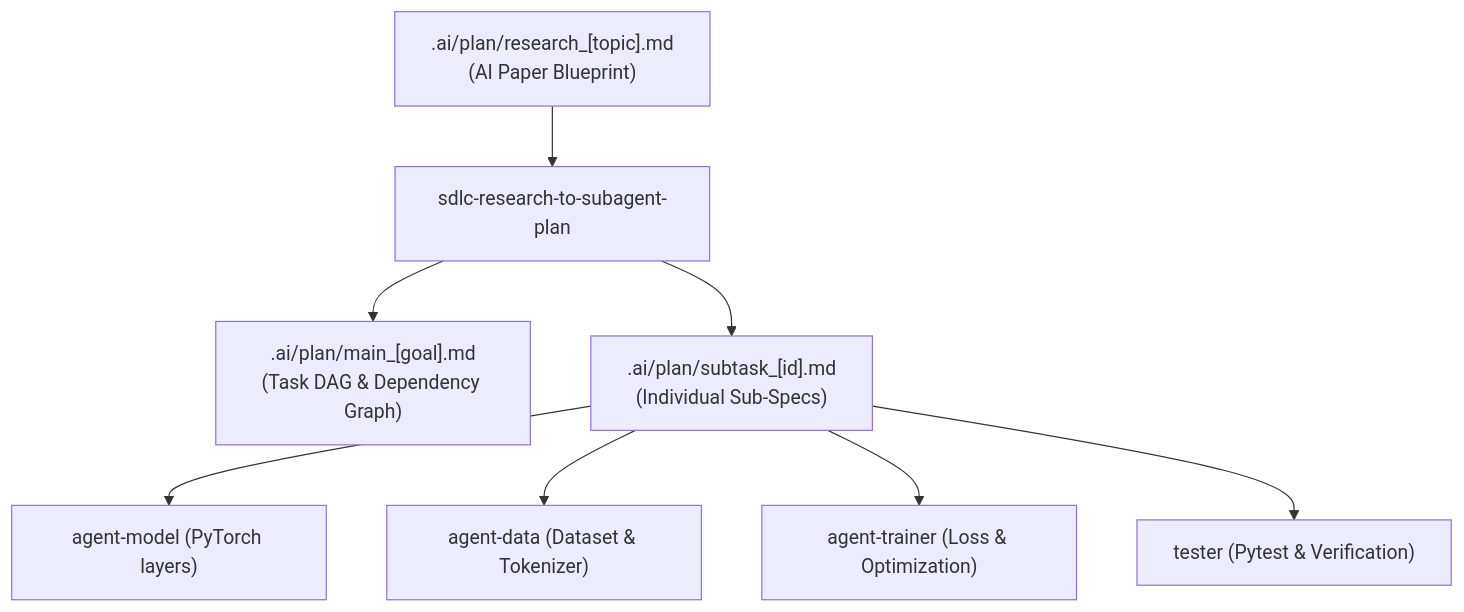
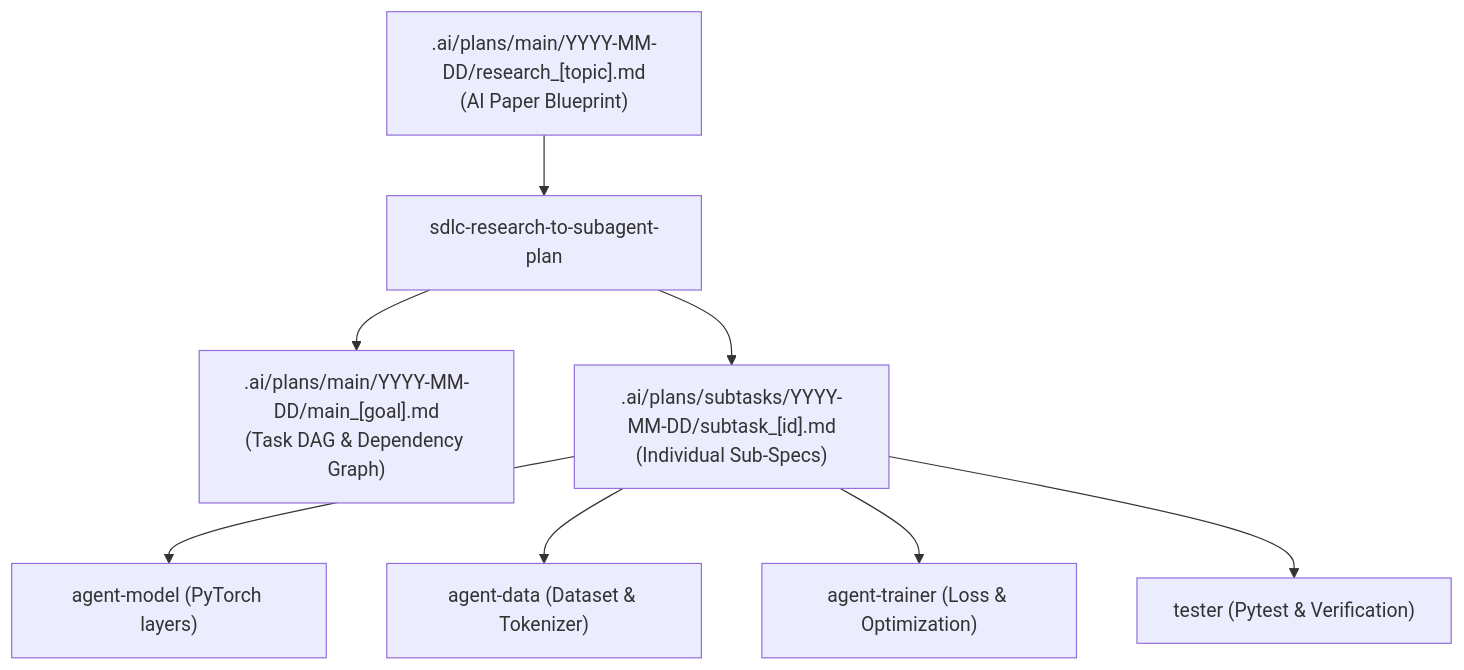
One commit to Khanhduong123/herness_agent changed the diagram in .agents/skills/sdlc-research-to-subagent-plan/SKILL.md. Above: the diagram before and after it, drawn with Mermaid. The commit also changed other lines of this file and 15 other files, not shown here.

````diff
--- a/.agents/skills/sdlc-research-to-subagent-plan/SKILL.md
+++ b/.agents/skills/sdlc-research-to-subagent-plan/SKILL.md
@@ -17,11 +17,11 @@
 ```mermaid
 graph TD
-    Blueprint[".ai/plan/research_[topic].md<br/>(AI Paper Blueprint)"] --> Bridge["sdlc-research-to-subagent-plan"]
-    Bridge --> DAG[".ai/plan/main_[goal].md<br/>(Task DAG & Dependency Graph)"]
-    Bridge --> Specs[".ai/plan/subtask_[id].md<br/>(Individual Sub-Specs)"]
+    Blueprint[".ai/plans/main/YYYY-MM-DD/research_[topic].md<br/>(AI Paper Blueprint)"] --> Bridge["sdlc-research-to-subagent-plan"]
+    Bridge --> DAG[".ai/plans/main/YYYY-MM-DD/main_[goal].md<br/>(Task DAG & Dependency Graph)"]
+    Bridge --> Specs[".ai/plans/subtasks/YYYY-MM-DD/subtask_[id].md<br/>(Individual Sub-Specs)"]
 
     Specs --> AgentModel["agent-model (PyTorch layers)"]
     Specs --> AgentData["agent-data (Dataset & Tokenizer)"]
     Specs --> AgentTrainer["agent-trainer (Loss & Optimization)"]
     Specs --> AgentTester["tester (Pytest & Verification)"]
 ```
````
